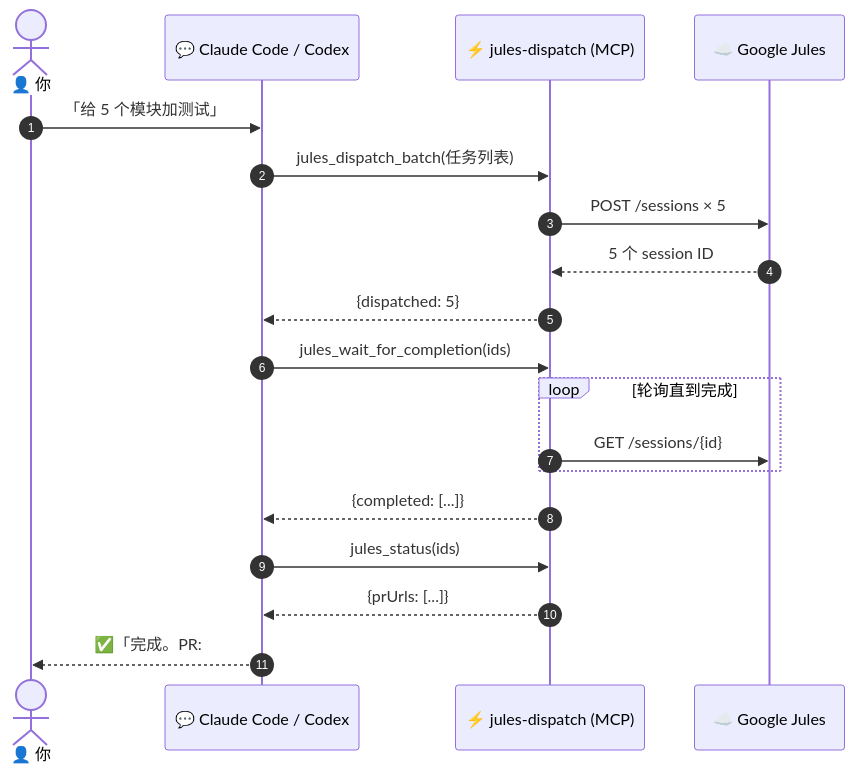
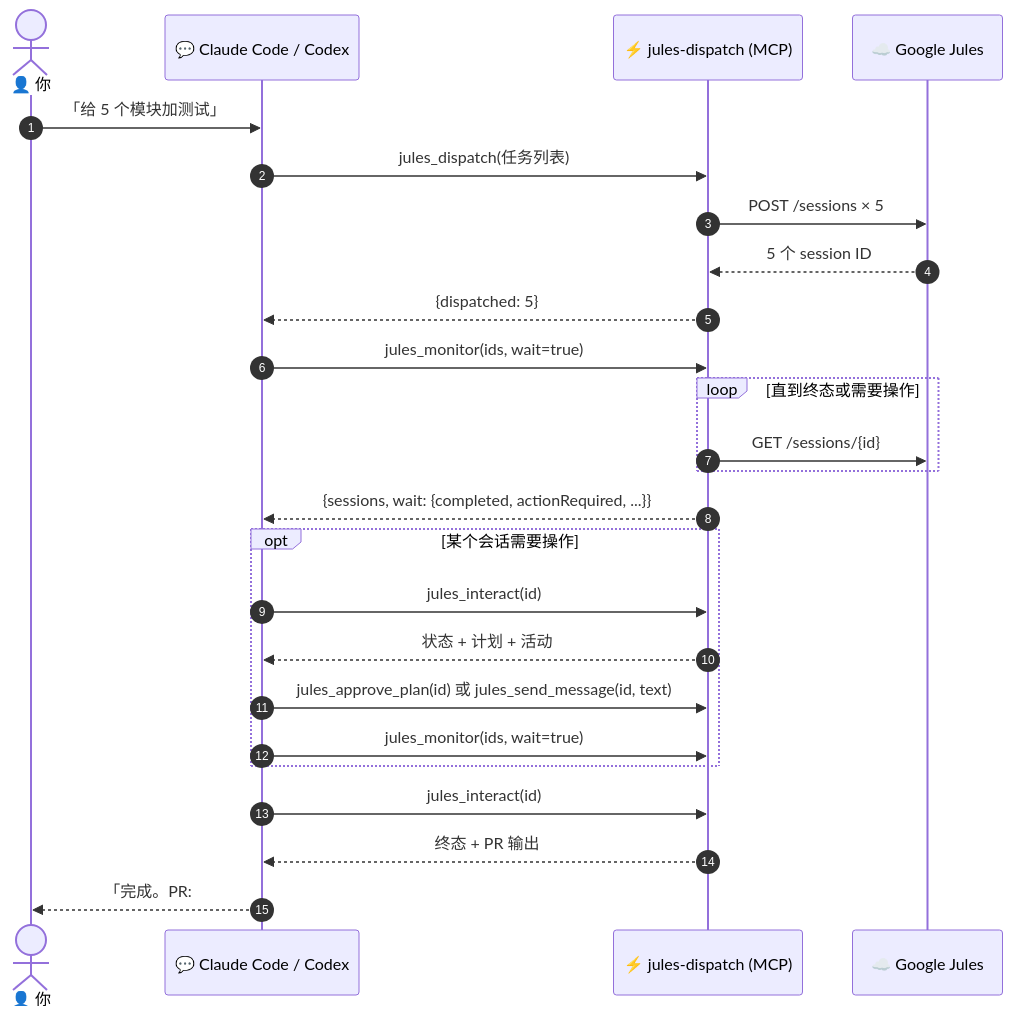
Before and after one commit to Yuuqq/jules-dispatch: the second of 3 diagrams in README.zh-CN.md, drawn with Mermaid. The commit also changed other lines of this file and 32 other files, not shown here.

````diff
--- a/README.zh-CN.md
+++ b/README.zh-CN.md
@@ -136,24 +136,31 @@
 ```mermaid
 sequenceDiagram
     autonumber
     actor U as 👤 你
     participant CC as 💬 Claude Code / Codex
     participant MCP as ⚡ jules-dispatch (MCP)
     participant J as ☁️ Google Jules
 
     U->>CC: 「给 5 个模块加测试」
-    CC->>MCP: jules_dispatch_batch(任务列表)
+    CC->>MCP: jules_dispatch(任务列表)
     MCP->>J: POST /sessions × 5
     J-->>MCP: 5 个 session ID
     MCP-->>CC: {dispatched: 5}
 
-    CC->>MCP: jules_wait_for_completion(ids)
-    loop 轮询直到完成
+    CC->>MCP: jules_monitor(ids, wait=true)
+    loop 直到终态或需要操作
         MCP->>J: GET /sessions/{id}
     end
-    MCP-->>CC: {completed: [...]}
+    MCP-->>CC: {sessions, wait: {completed, actionRequired, ...}}
 
-    CC->>MCP: jules_status(ids)
-    MCP-->>CC: {prUrls: [...]}
-    CC-->>U: ✅「完成。PR: #42, #43, #44, #45, #46」
+    opt 某个会话需要操作
+        CC->>MCP: jules_interact(id)
+        MCP-->>CC: 状态 + 计划 + 活动
+        CC->>MCP: jules_approve_plan(id) 或 jules_send_message(id, text)
+        CC->>MCP: jules_monitor(ids, wait=true)
+    end
+
+    CC->>MCP: jules_interact(id)
+    MCP-->>CC: 终态 + PR 输出
+    CC-->>U: 「完成。PR: #42, #43, #44, #45, #46」
 ```
````
